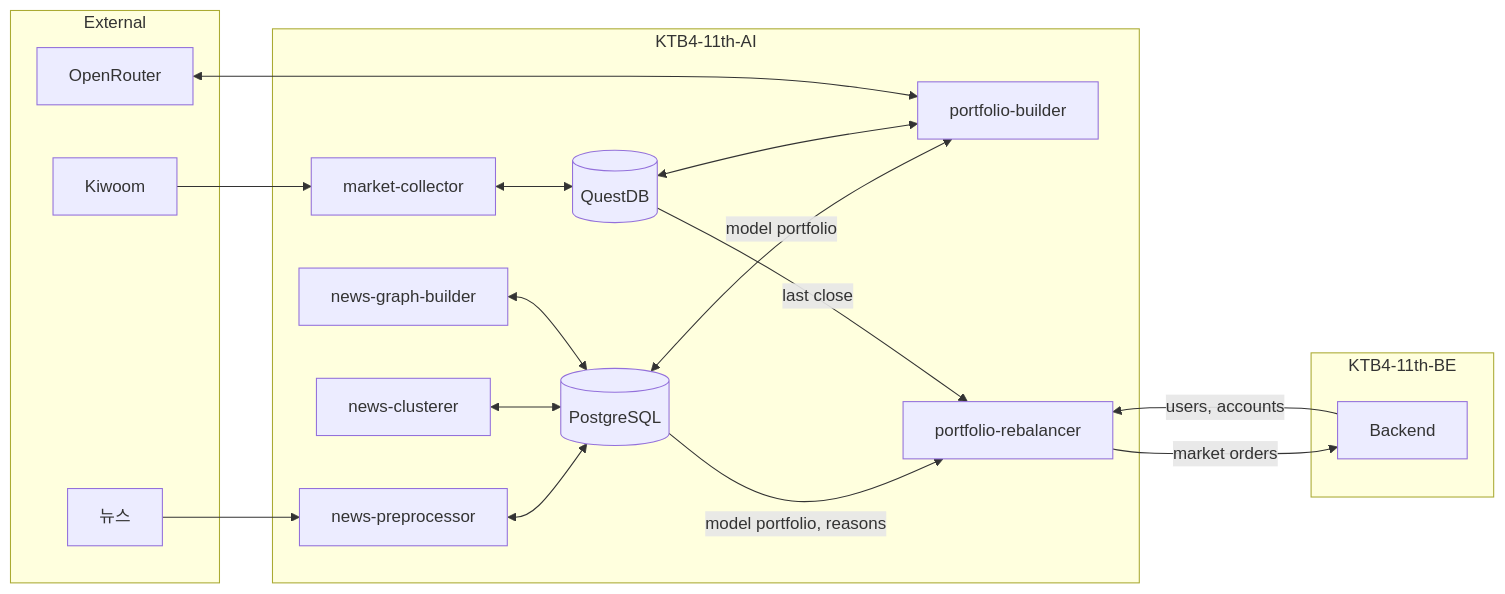
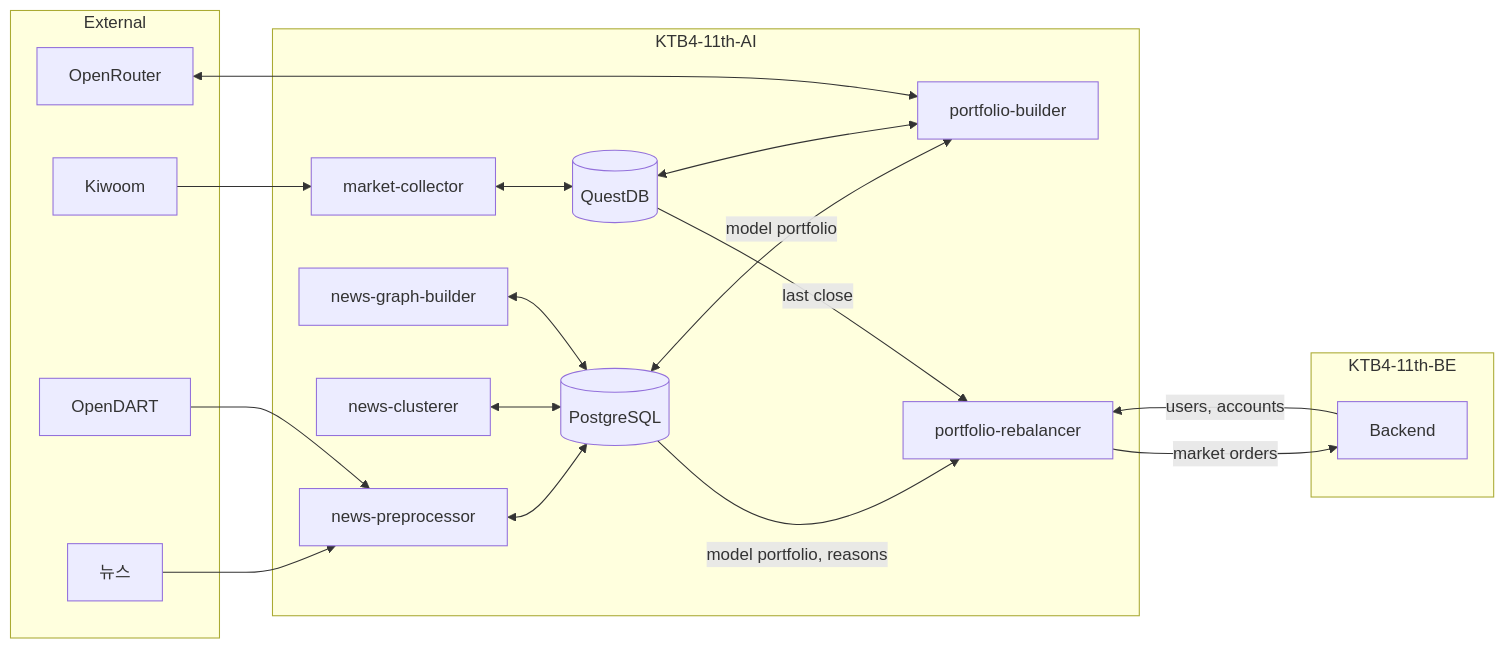
One commit to 100-hours-a-week/KTB4-11th-AI changed the first of 2 diagrams in README.md. Above: the diagram before and after it, drawn with Mermaid. The commit also changed other lines of this file and 15 other files, not shown here.

Commit message:
feat: wire OpenDART publisher into news-preprocessor

````diff
--- a/README.md
+++ b/README.md
@@ -12,41 +12,43 @@
 ```mermaid
 flowchart LR
     subgraph EXT["External"]
         NEWS["뉴스"]
         KIWOOM["Kiwoom"]
+        OPENDART["OpenDART"]
         OPENROUTER["OpenRouter"]
     end
 
     subgraph AI["KTB4-11th-AI"]
         NP["news-preprocessor"]
         NC["news-clusterer"]
         NGB["news-graph-builder"]
         MC["market-collector"]
         PB["portfolio-builder"]
         PR["portfolio-rebalancer"]
 
         PG[("PostgreSQL")]
         QDB[("QuestDB")]
     end
 
     subgraph BACKEND["KTB4-11th-BE"]
         BE["Backend"]
     end
 
     NEWS --> NP
+    OPENDART --> NP
     NP <--> PG
     NC <--> PG
     NGB <--> PG
 
     KIWOOM --> MC
     MC <--> QDB
 
     PG <-->|model portfolio| PB
     QDB <--> PB
     OPENROUTER <--> PB
 
     PG -->|model portfolio, reasons| PR
     QDB -->|last close| PR
     BE -->|users, accounts| PR
     PR -->|market orders| BE
 ```
````
